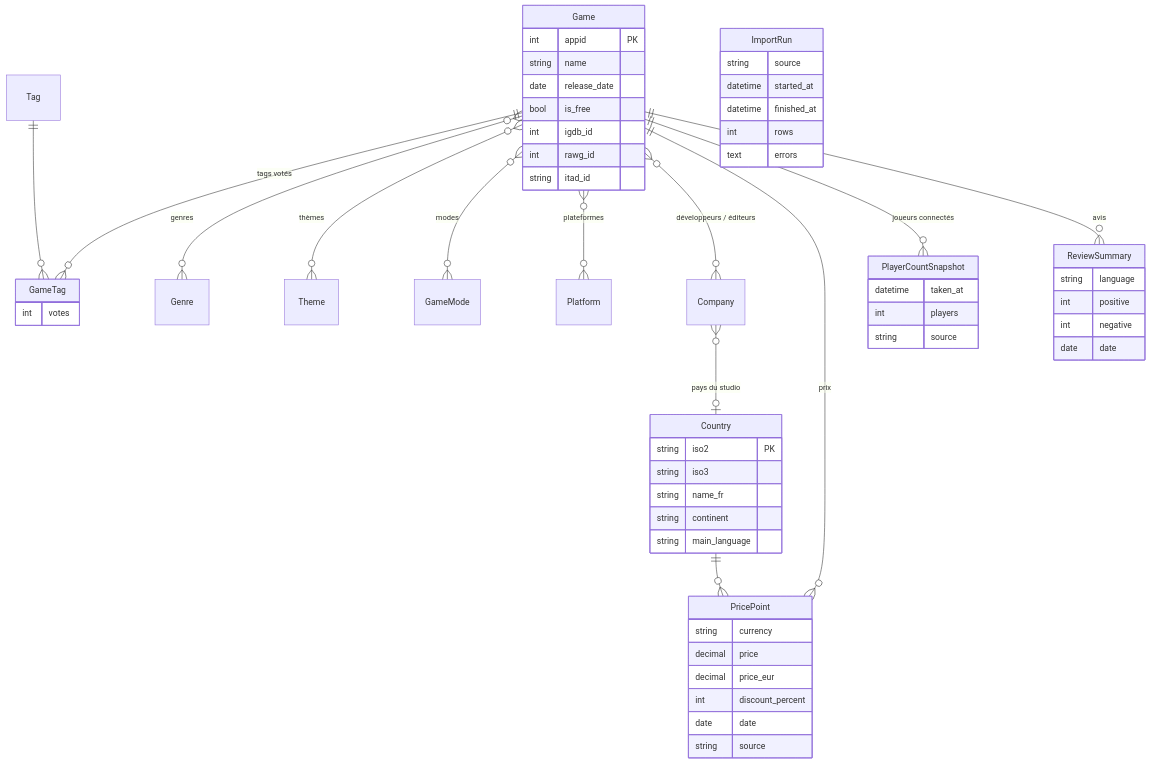
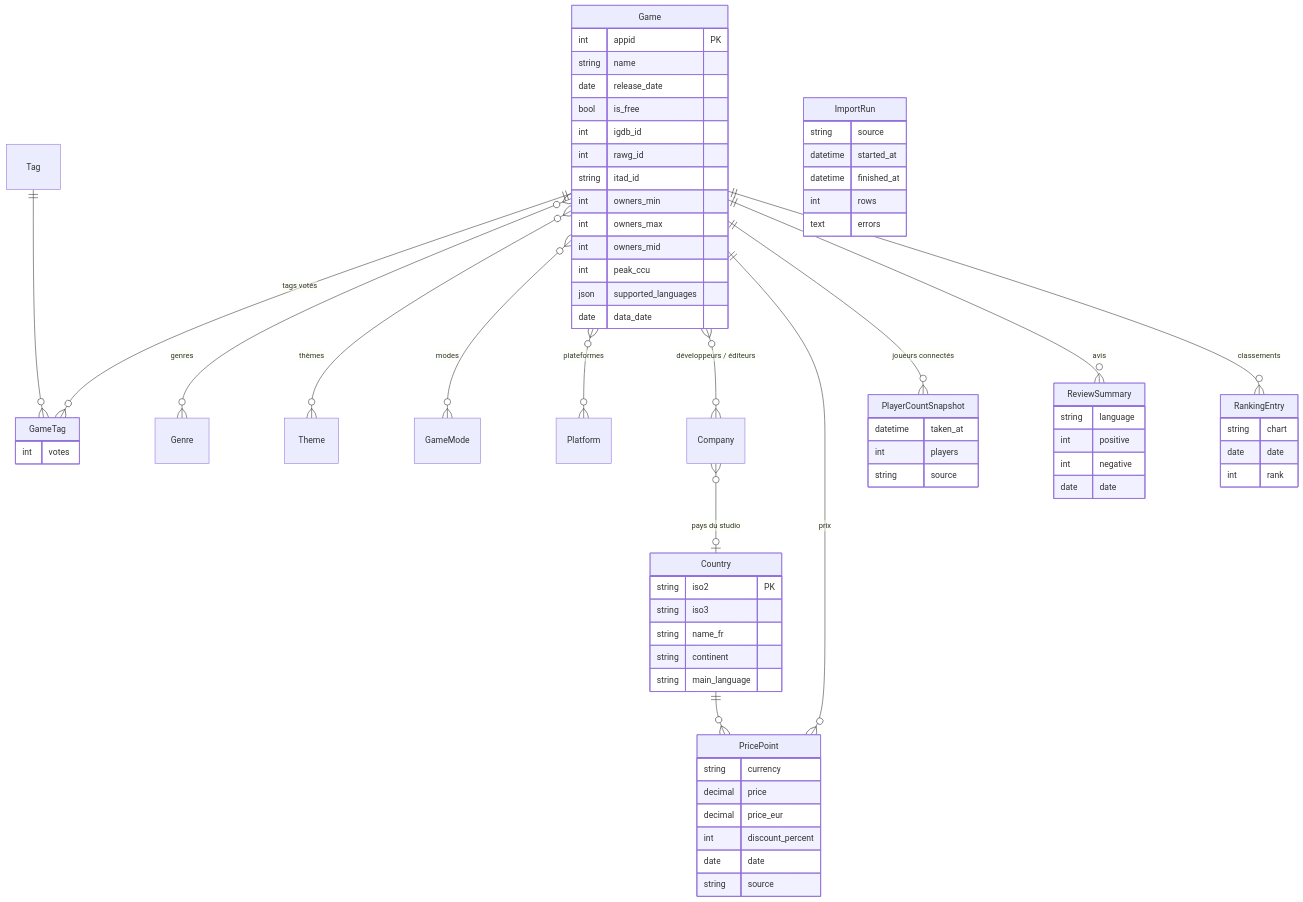
Before and after one commit to PapaOursss/SteamLens: the diagram in docs/donnees.md, drawn with Mermaid. The commit also changed other lines of this file and 1 other file, not shown here.

Commit message:
docs: T-08 fait, modèle de données et écriture des imports

````diff
--- a/docs/donnees.md
+++ b/docs/donnees.md
@@ -7,61 +7,73 @@
 ```mermaid
 erDiagram
     Game ||--o{ GameTag : "tags votés"
     Tag ||--o{ GameTag : ""
     Game }o--o{ Genre : genres
     Game }o--o{ Theme : thèmes
     Game }o--o{ GameMode : modes
     Game }o--o{ Platform : plateformes
     Game }o--o{ Company : "développeurs / éditeurs"
     Company }o--o| Country : "pays du studio"
     Game ||--o{ PricePoint : prix
     Country ||--o{ PricePoint : ""
     Game ||--o{ PlayerCountSnapshot : "joueurs connectés"
     Game ||--o{ ReviewSummary : avis
+    Game ||--o{ RankingEntry : classements
 
     Game {
         int appid PK
         string name
         date release_date
         bool is_free
         int igdb_id
         int rawg_id
         string itad_id
+        int owners_min
+        int owners_max
+        int owners_mid
+        int peak_ccu
+        json supported_languages
+        date data_date
     }
     GameTag {
         int votes
     }
     Country {
         string iso2 PK
         string iso3
         string name_fr
         string continent
         string main_language
     }
     PricePoint {
         string currency
         decimal price
         decimal price_eur
         int discount_percent
         date date
         string source
     }
     PlayerCountSnapshot {
         datetime taken_at
         int players
         string source
     }
     ReviewSummary {
         string language
         int positive
         int negative
         date date
     }
+    RankingEntry {
+        string chart
+        date date
+        int rank
+    }
     ImportRun {
         string source
         datetime started_at
         datetime finished_at
         int rows
         text errors
     }
 ```
````
